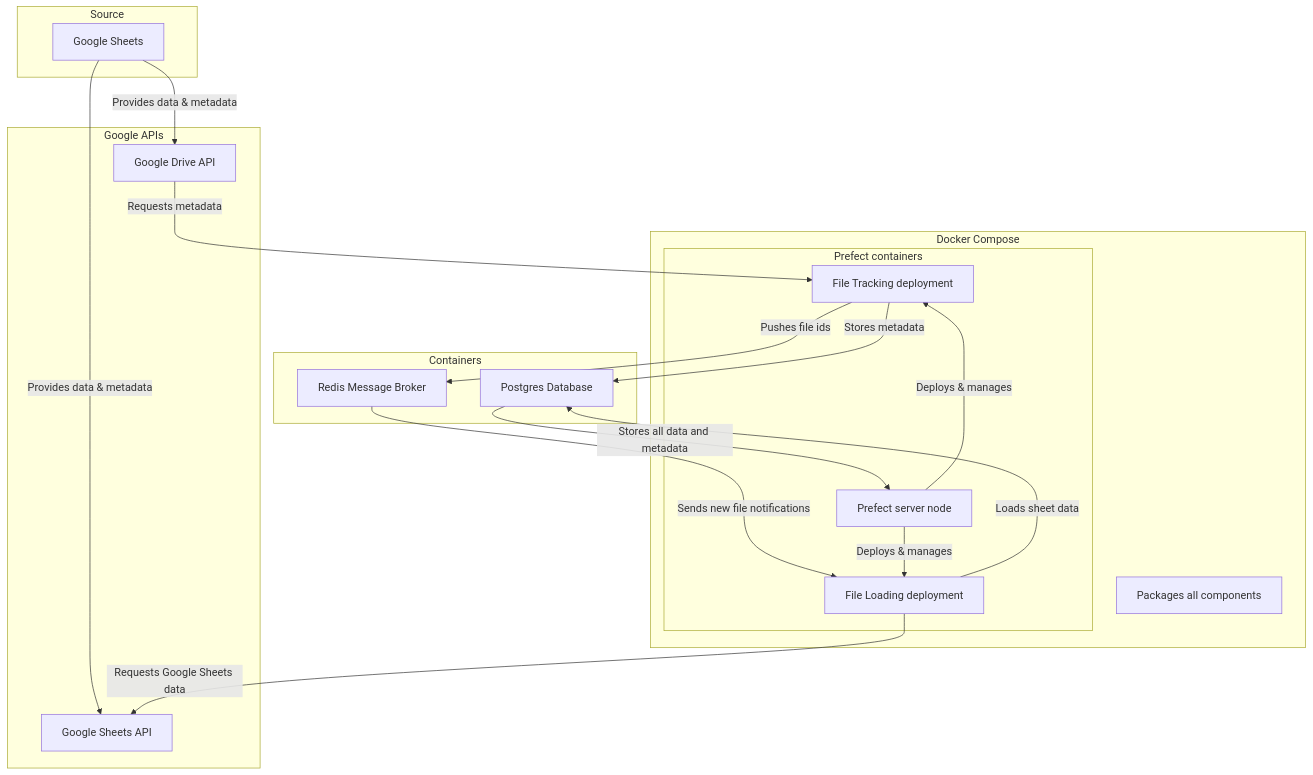
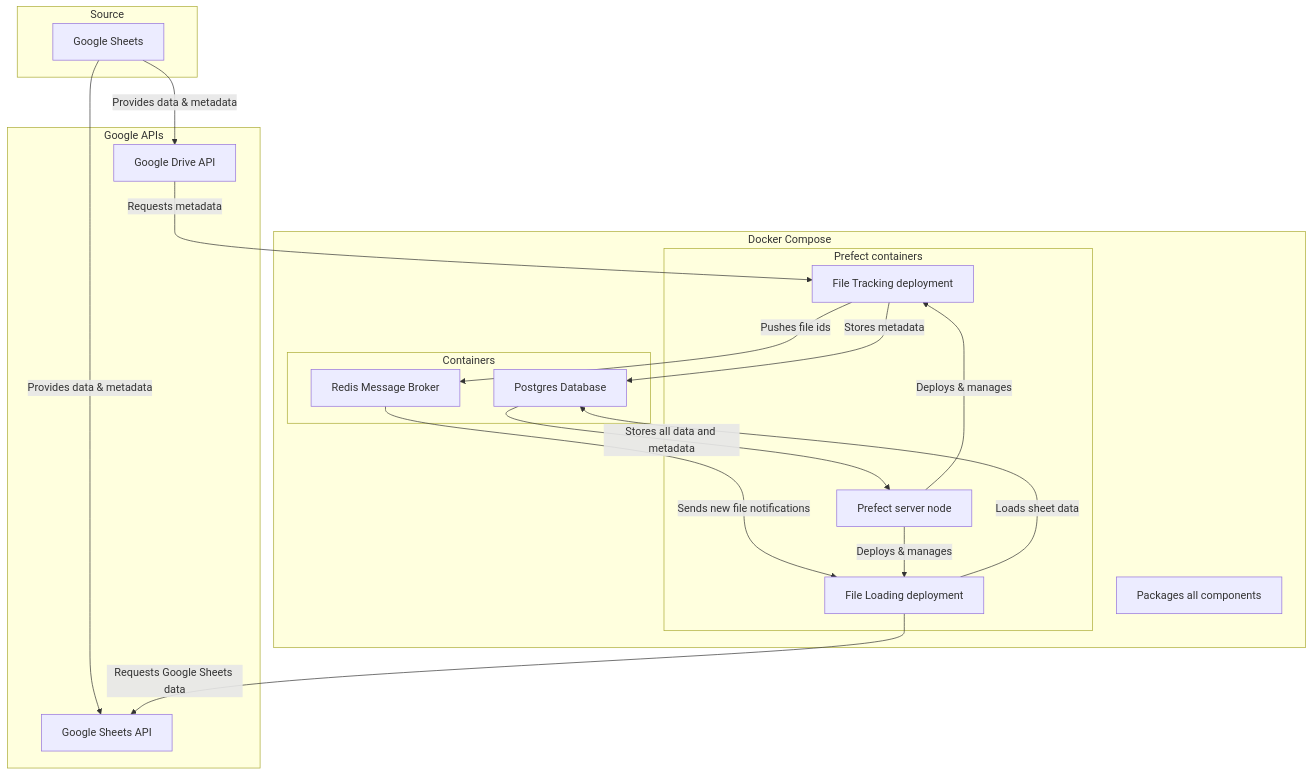
The diagram in Readme.md (dario-vazquez-albacete/GoogleSheetsPipeline), drawn with Mermaid before and after one commit. The commit also changed other lines of this file, not shown here.

Commit message:
modified mermaid diagram

````diff
--- a/Readme.md
+++ b/Readme.md
@@ -8,43 +8,43 @@
 ```mermaid
 graph TD
     subgraph "Source"
         A[Google Sheets]
     end
 
     subgraph "Google APIs"
         B[Google Drive API]
         C[Google Sheets API]
     end
 
     subgraph "Docker Compose"
         G[Packages all components]
-
+    subgraph "Containers"
+        F1[Postgres Database]
+        F2[Redis Message Broker]
+    end
     subgraph "Prefect containers"
         D[Prefect server node]
         E1[File Tracking deployment]
         E2[File Loading deployment]
     end
     
     end
 
-    subgraph "Containers"
-        F1[Postgres Database]
-        F2[Redis Message Broker]
-    end
+
 
     A -->|Provides data & metadata| B
     A -->|Provides data & metadata| C
 
     B -->|Requests metadata| E1
     E1 -->|Stores metadata| F1
     E1 -->|Pushes file ids| F2
 
     F2 -->|Sends new file notifications| E2
     E2 -->|Requests Google Sheets data| C
     E2 -->|Loads sheet data| F1
 
     D -->|Deploys & manages| E1
     D -->|Deploys & manages| E2
 
     F1 -->|Stores all data and metadata| D
 ```
````
